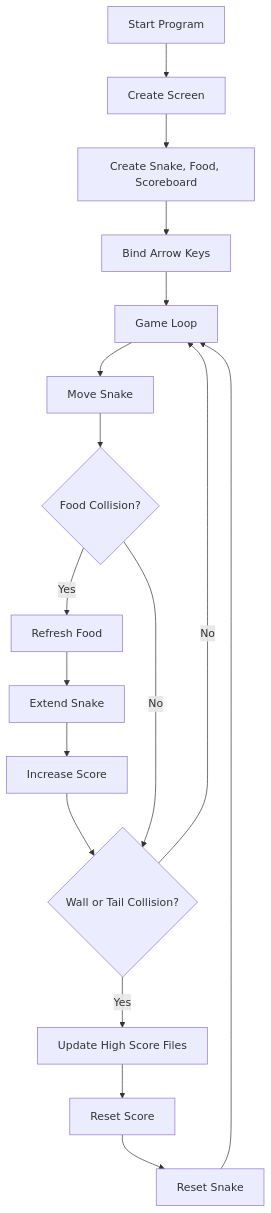
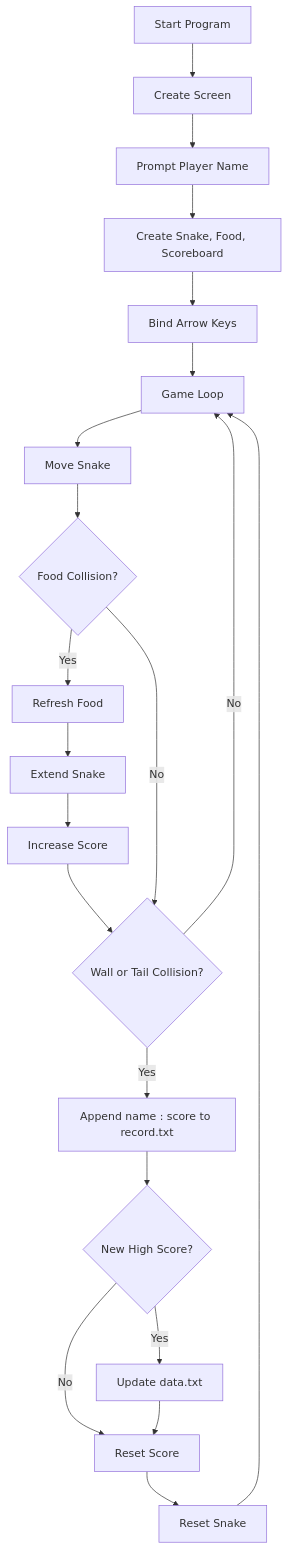
Before and after one commit to sunilsuman81/Snake-Game-high-score: the diagram in README.md, drawn with Mermaid. The commit also changed other lines of this file and 3 other files, not shown here.

First line of the commit message:
add player name prompt and score logging by player

````diff
--- a/README.md
+++ b/README.md
@@ -32,19 +33,23 @@
 ```mermaid
 flowchart TD
     A[Start Program] --> B[Create Screen]
-    B --> C[Create Snake, Food, Scoreboard]
-    C --> D[Bind Arrow Keys]
-    D --> E[Game Loop]
-    E --> F[Move Snake]
-    F --> G{Food Collision?}
-    G -- Yes --> H[Refresh Food]
-    H --> I[Extend Snake]
-    I --> J[Increase Score]
-    J --> K{Wall or Tail Collision?}
-    G -- No --> K
-    K -- Yes --> L[Update High Score Files]
-    L --> M[Reset Score]
-    M --> N[Reset Snake]
-    N --> E
-    K -- No --> E
+    B --> C[Prompt Player Name]
+    C --> D[Create Snake, Food, Scoreboard]
+    D --> E[Bind Arrow Keys]
+    E --> F[Game Loop]
+    F --> G[Move Snake]
+    G --> H{Food Collision?}
+    H -- Yes --> I[Refresh Food]
+    I --> J[Extend Snake]
+    J --> K[Increase Score]
+    K --> L{Wall or Tail Collision?}
+    H -- No --> L
+    L -- Yes --> M[Append name : score to record.txt]
+    M --> N{New High Score?}
+    N -- Yes --> O[Update data.txt]
+    N -- No --> P[Reset Score]
+    O --> P
+    P --> Q[Reset Snake]
+    Q --> F
+    L -- No --> F
 ```
````
